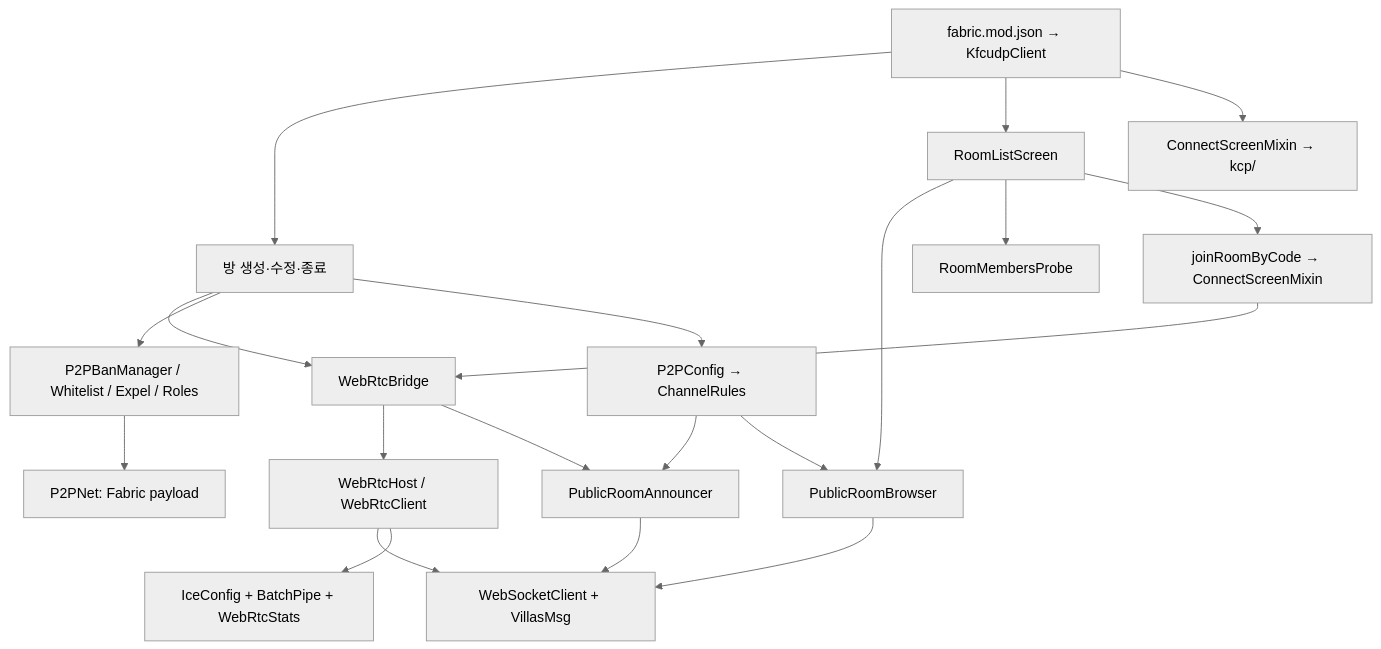
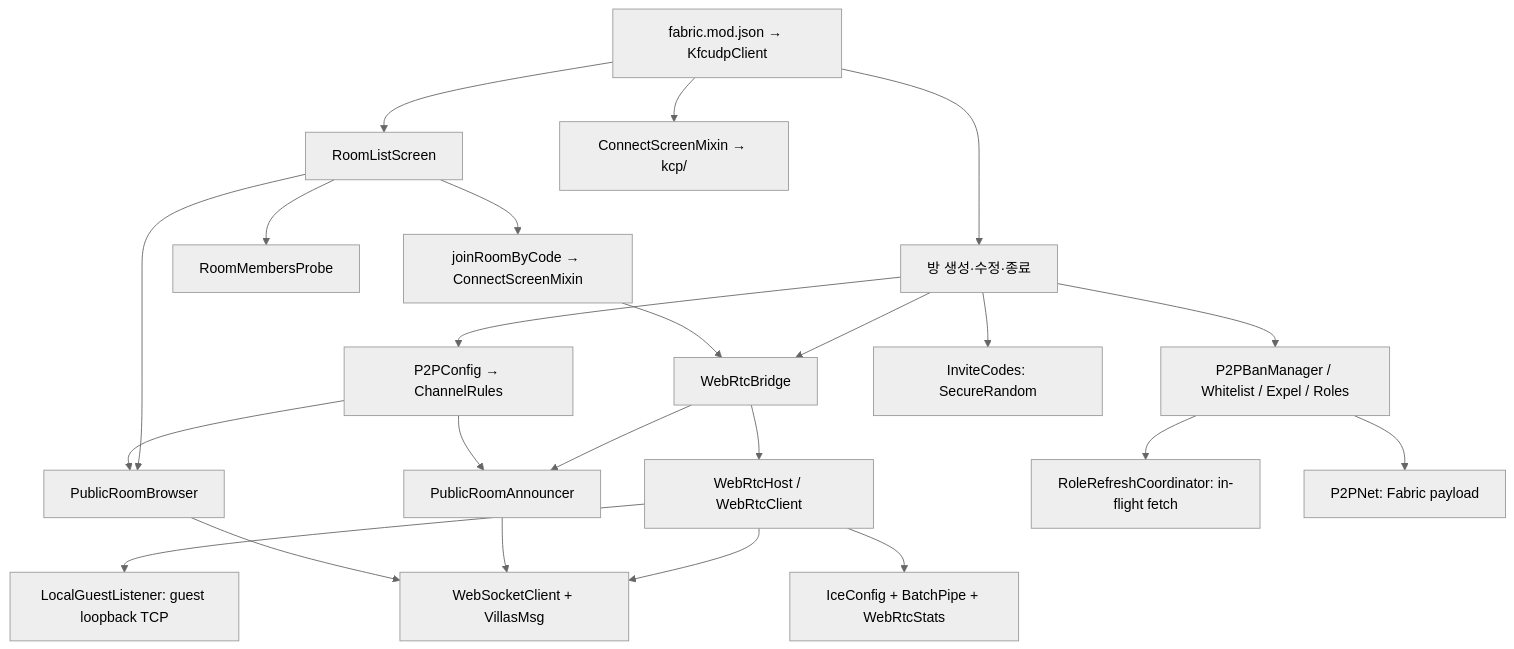
Before and after one commit to tjwlstj/kfcudp-instant-p2p: the diagram in docs/research/code-tree.md, drawn with Mermaid (neutral theme). The commit also changed other lines of this file and 48 other files, not shown here.

````diff
--- a/docs/research/code-tree.md
+++ b/docs/research/code-tree.md
@@ -97,22 +108,25 @@
 ```mermaid
 flowchart TD
     Entry["fabric.mod.json → KfcudpClient"] --> Host["방 생성·수정·종료"]
     Entry --> List["RoomListScreen"]
     Host --> Bridge["WebRtcBridge"]
     Bridge --> RTC["WebRtcHost / WebRtcClient"]
+    RTC --> Listener["LocalGuestListener: guest loopback TCP"]
     Bridge --> Announce["PublicRoomAnnouncer"]
     List --> Browser["PublicRoomBrowser"]
     List --> Probe["RoomMembersProbe"]
     List --> Join["joinRoomByCode → ConnectScreenMixin"]
     Join --> Bridge
     RTC --> Signal["WebSocketClient + VillasMsg"]
     RTC --> Pipe["IceConfig + BatchPipe + WebRtcStats"]
     Announce --> Signal
     Browser --> Signal
     Host --> Policy["P2PBanManager / Whitelist / Expel / Roles"]
+    Policy --> Refresh["RoleRefreshCoordinator: in-flight fetch"]
     Policy --> GameWire["P2PNet: Fabric payload"]
     Host --> Config["P2PConfig → ChannelRules"]
+    Host --> Codes["InviteCodes: SecureRandom"]
     Config --> Announce
     Config --> Browser
     Entry --> KCP["ConnectScreenMixin → kcp/"]
 ```
````
